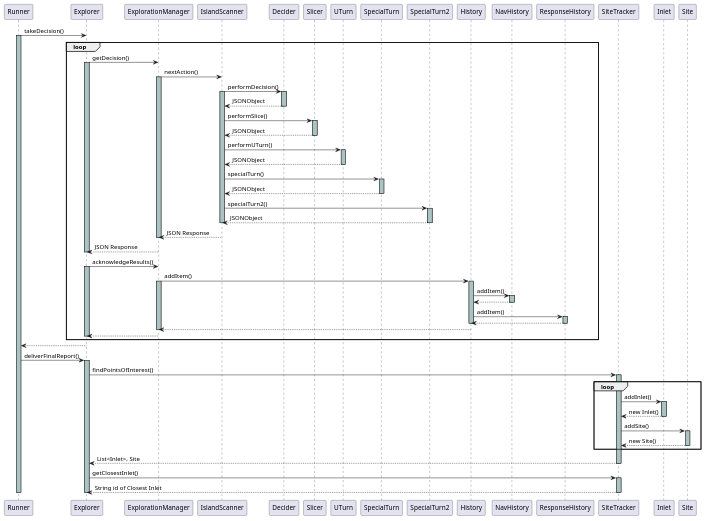
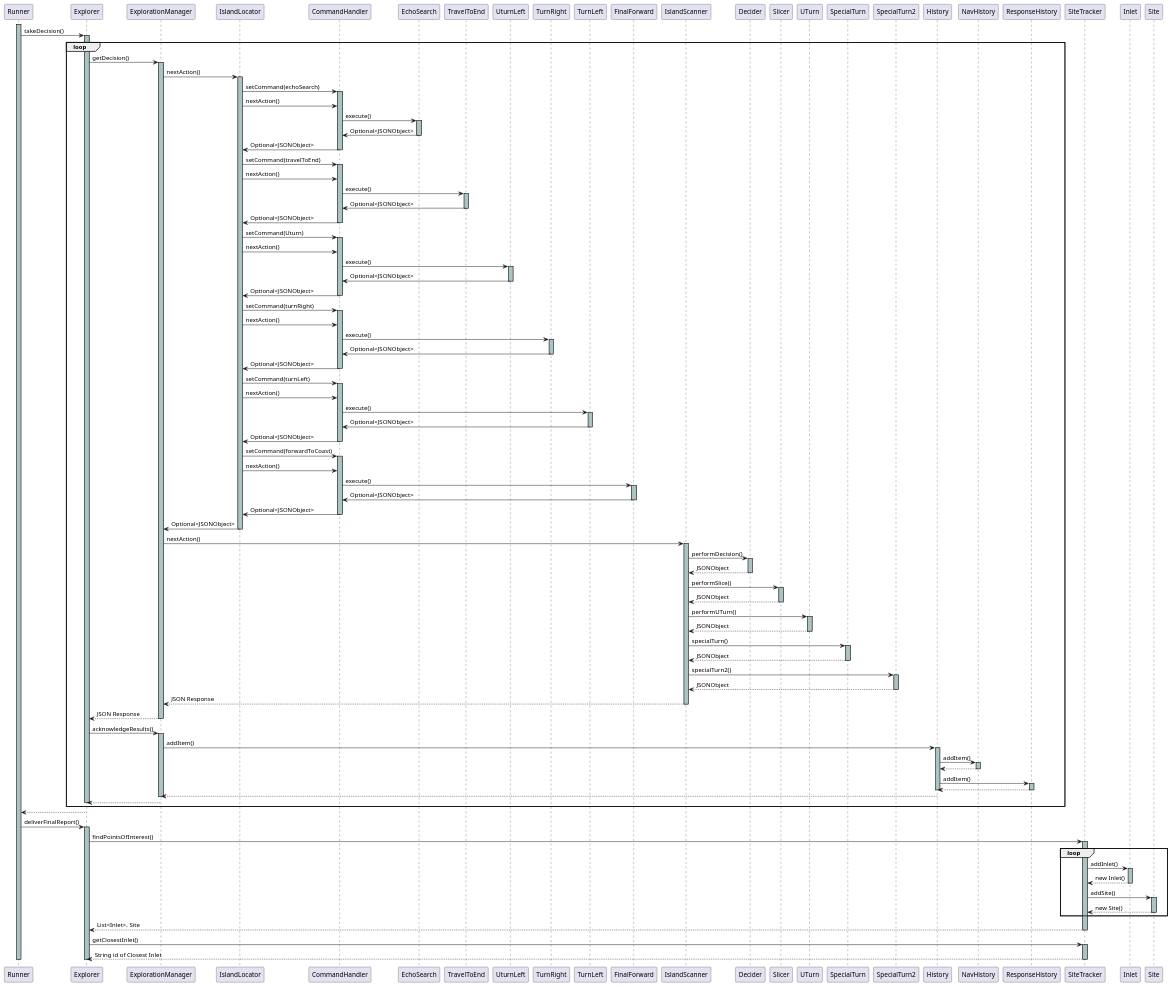
The diagram in uml/updatedSequence.wsd (2AA4-W24/a2-rescue-mission-team-103), drawn with PlantUML before and after one commit.

Commit message:
Added IslandLocating to SequenceDiagram

```diff
--- a/uml/updatedSequence.wsd
+++ b/uml/updatedSequence.wsd
@@ -1,79 +1,146 @@
-@startuml
+@startuml SequenceDiagram
+activate Runner #abc4c3
 Runner -> Explorer: takeDecision()
-activate Runner #abc4c3
+
 loop
+activate Explorer #abc4c3
 Explorer -> ExplorationManager: getDecision()
-activate Explorer #abc4c3
+activate ExplorationManager #abc4c3
+
+ExplorationManager -> IslandLocator: nextAction()
+activate IslandLocator #abc4c3
+
+IslandLocator -> CommandHandler: setCommand(echoSearch)
+activate CommandHandler #abc4c3
+IslandLocator -> CommandHandler: nextAction()
+CommandHandler -> EchoSearch: execute()
+activate EchoSearch #abc4c3
+CommandHandler <- EchoSearch: Optional<JSONObject>
+deactivate EchoSearch
+IslandLocator <- CommandHandler: Optional<JSONObject>
+deactivate CommandHandler
+
+IslandLocator -> CommandHandler: setCommand(travelToEnd)
+activate CommandHandler #abc4c3
+IslandLocator -> CommandHandler: nextAction()
+CommandHandler -> TravelToEnd: execute()
+activate TravelToEnd #abc4c3
+CommandHandler <- TravelToEnd: Optional<JSONObject>
+deactivate TravelToEnd
+IslandLocator <- CommandHandler: Optional<JSONObject>
+deactivate CommandHandler
+
+IslandLocator -> CommandHandler: setCommand(Uturn)
+activate CommandHandler #abc4c3
+IslandLocator -> CommandHandler: nextAction()
+CommandHandler -> UturnLeft: execute()
+activate UturnLeft #abc4c3
+CommandHandler <- UturnLeft: Optional<JSONObject>
+deactivate UturnLeft
+IslandLocator <- CommandHandler: Optional<JSONObject>
+deactivate CommandHandler
+
+IslandLocator -> CommandHandler: setCommand(turnRight)
+activate CommandHandler #abc4c3
+IslandLocator -> CommandHandler: nextAction()
+CommandHandler -> TurnRight: execute()
+activate TurnRight #abc4c3
+CommandHandler <- TurnRight: Optional<JSONObject>
+deactivate TurnRight
+IslandLocator <- CommandHandler: Optional<JSONObject>
+deactivate CommandHandler
+
+IslandLocator -> CommandHandler: setCommand(turnLeft)
+activate CommandHandler #abc4c3
+IslandLocator -> CommandHandler: nextAction()
+CommandHandler -> TurnLeft: execute()
+activate TurnLeft #abc4c3
+CommandHandler <- TurnLeft: Optional<JSONObject>
+deactivate TurnLeft
+IslandLocator <- CommandHandler: Optional<JSONObject>
+deactivate CommandHandler
+
+IslandLocator -> CommandHandler: setCommand(forwardToCoast)
+activate CommandHandler #abc4c3
+IslandLocator -> CommandHandler: nextAction()
+CommandHandler -> FinalForward: execute()
+activate FinalForward #abc4c3
+CommandHandler <- FinalForward: Optional<JSONObject>
+deactivate FinalForward
+IslandLocator <- CommandHandler: Optional<JSONObject>
+deactivate CommandHandler
+
+ExplorationManager <- IslandLocator: Optional<JSONObject>
+deactivate IslandLocator
+
+
 ExplorationManager -> IslandScanner: nextAction()
-activate ExplorationManager #abc4c3 
+activate IslandScanner #abc4c3
 IslandScanner -> Decider: performDecision()
-activate IslandScanner #abc4c3
 activate Decider #abc4c3
 IslandScanner <-- Decider: JSONObject
 deactivate Decider
 IslandScanner -> Slicer: performSlice()
 activate Slicer #abc4c3
 IslandScanner <-- Slicer: JSONObject
 deactivate Slicer
 IslandScanner -> UTurn: performUTurn()
 activate UTurn #abc4c3
 IslandScanner <-- UTurn: JSONObject
 deactivate UTurn
 IslandScanner -> SpecialTurn: specialTurn()
 activate SpecialTurn #abc4c3
 IslandScanner <-- SpecialTurn: JSONObject
 deactivate SpecialTurn
 IslandScanner -> SpecialTurn2: specialTurn2()
 activate SpecialTurn2 #abc4c3
 IslandScanner <-- SpecialTurn2: JSONObject
 deactivate SpecialTurn2
+ExplorationManager <-- IslandScanner: JSON Response
 deactivate IslandScanner
-ExplorationManager <-- IslandScanner: JSON Response
+Explorer <-- ExplorationManager: JSON Response
 deactivate ExplorationManager
-Explorer <-- ExplorationManager: JSON Response
-deactivate Explorer
 Explorer -> ExplorationManager: acknowledgeResults()
-activate Explorer #abc4c3
+activate ExplorationManager #abc4c3
 ExplorationManager -> History: addItem()
-activate ExplorationManager #abc4c3
 activate History #abc4c3
 History -> NavHistory: addItem()
 activate NavHistory #abc4c3
 History <-- NavHistory
 deactivate NavHistory
 History -> ResponseHistory: addItem()
 activate ResponseHistory #abc4c3
 History <-- ResponseHistory
 deactivate ResponseHistory
 deactivate History
 ExplorationManager <-- History
 deactivate ExplorationManager
 Explorer <-- ExplorationManager
 deactivate Explorer
 end
 Runner <-- Explorer
 
 Runner -> Explorer: deliverFinalReport()
 activate Explorer #abc4c3
 Explorer -> SiteTracker: findPointsOfInterest()
 activate SiteTracker #abc4c3
 loop
 SiteTracker -> Inlet: addInlet()
 activate Inlet #abc4c3
 SiteTracker <-- Inlet: new Inlet()
 deactivate Inlet
 SiteTracker -> Site: addSite()
 activate Site #abc4c3
 SiteTracker <-- Site: new Site()
 deactivate Site
 end
 Explorer <-- SiteTracker: List<Inlet>, Site
 deactivate SiteTracker
 
 Explorer -> SiteTracker: getClosestInlet()
 activate SiteTracker #abc4c3
 Explorer <-- SiteTracker: String id of Closest Inlet
 deactivate SiteTracker
 deactivate Explorer
 deactivate Runner
 @enduml
```
